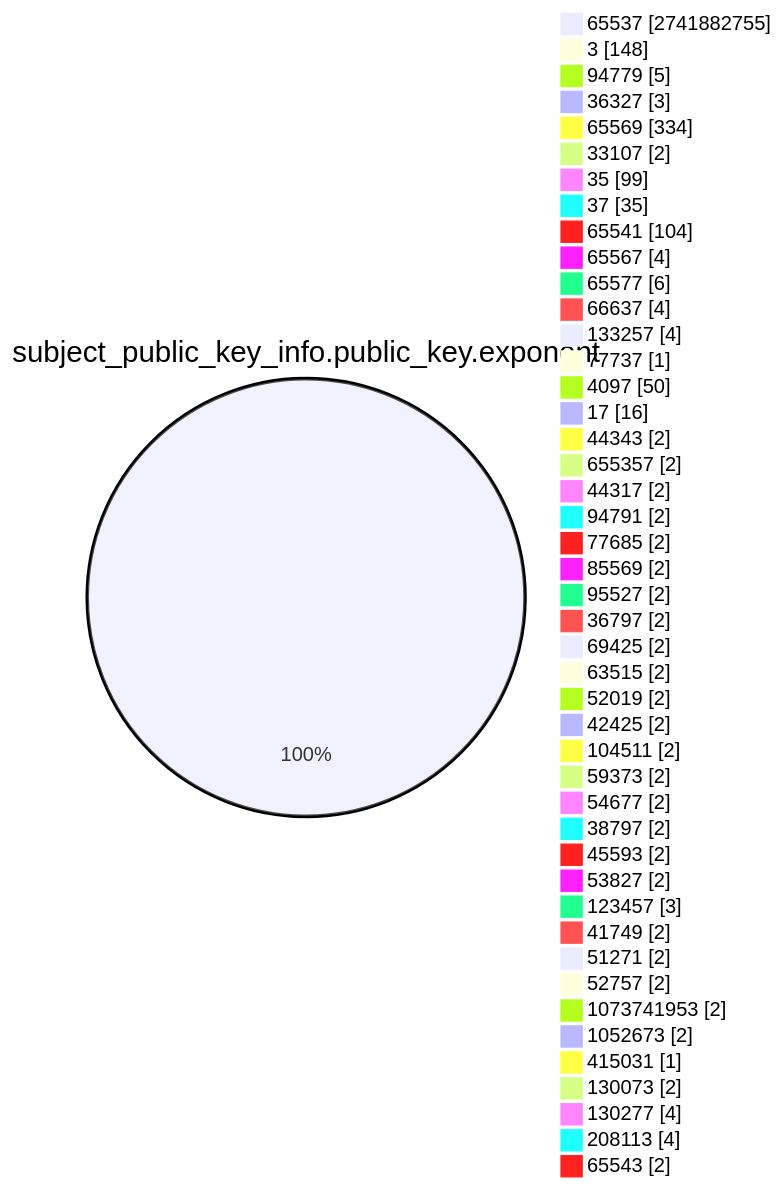
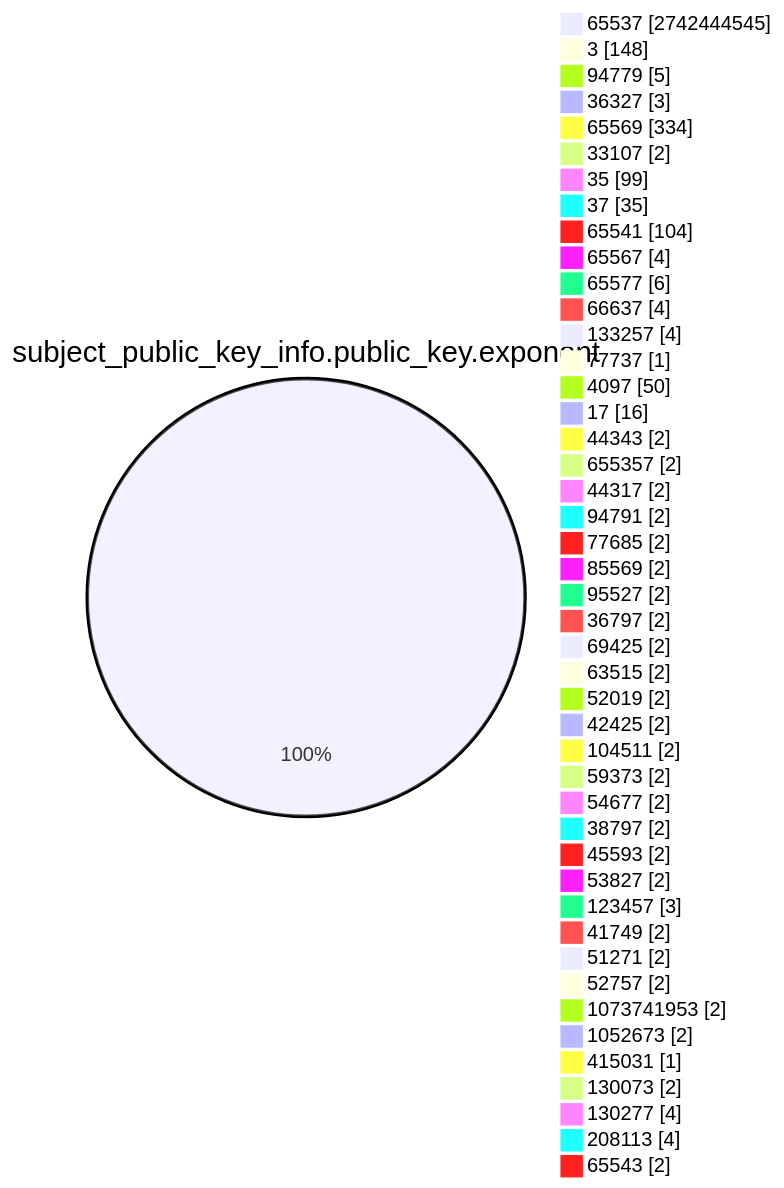
The fourth of 15 diagrams in TOTAL/README.md (christiankrug/ctmonitor_visualization), drawn with Mermaid before and after one commit. The commit also changed other lines of this file, not shown here.

````diff
--- a/TOTAL/README.md
+++ b/TOTAL/README.md
@@ -1467,49 +1467,49 @@
 ```mermaid
 pie showData
 title subject_public_key_info.public_key.exponent
-"65537" :2741882755
+"65537" :2742444545
 "3" :148
 "94779" :5
 "36327" :3
 "65569" :334
 "33107" :2
 "35" :99
 "37" :35
 "65541" :104
 "65567" :4
 "65577" :6
 "66637" :4
 "133257" :4
 "77737" :1
 "4097" :50
 "17" :16
 "44343" :2
 "655357" :2
 "44317" :2
 "94791" :2
 "77685" :2
 "85569" :2
 "95527" :2
 "36797" :2
 "69425" :2
 "63515" :2
 "52019" :2
 "42425" :2
 "104511" :2
 "59373" :2
 "54677" :2
 "38797" :2
 "45593" :2
 "53827" :2
 "123457" :3
 "41749" :2
 "51271" :2
 "52757" :2
 "1073741953" :2
 "1052673" :2
 "415031" :1
 "130073" :2
 "130277" :4
 "208113" :4
 "65543" :2
 ```
````
